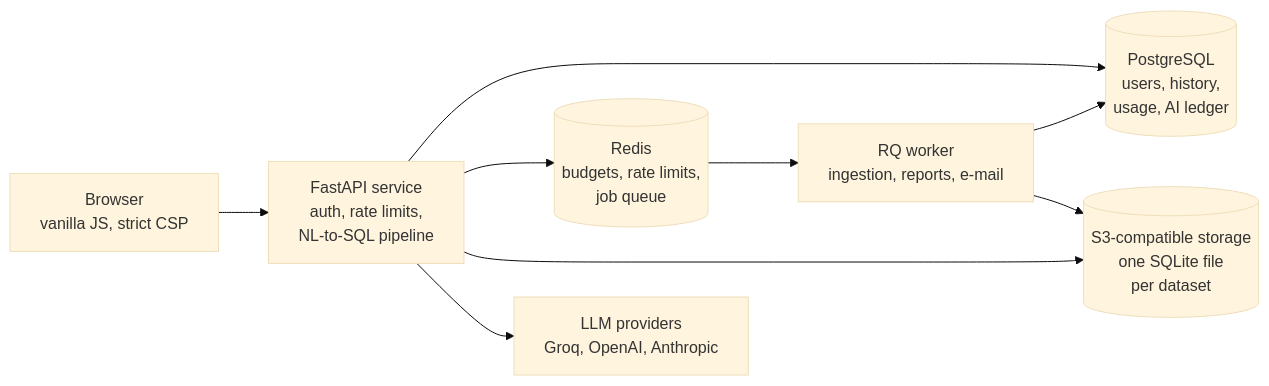
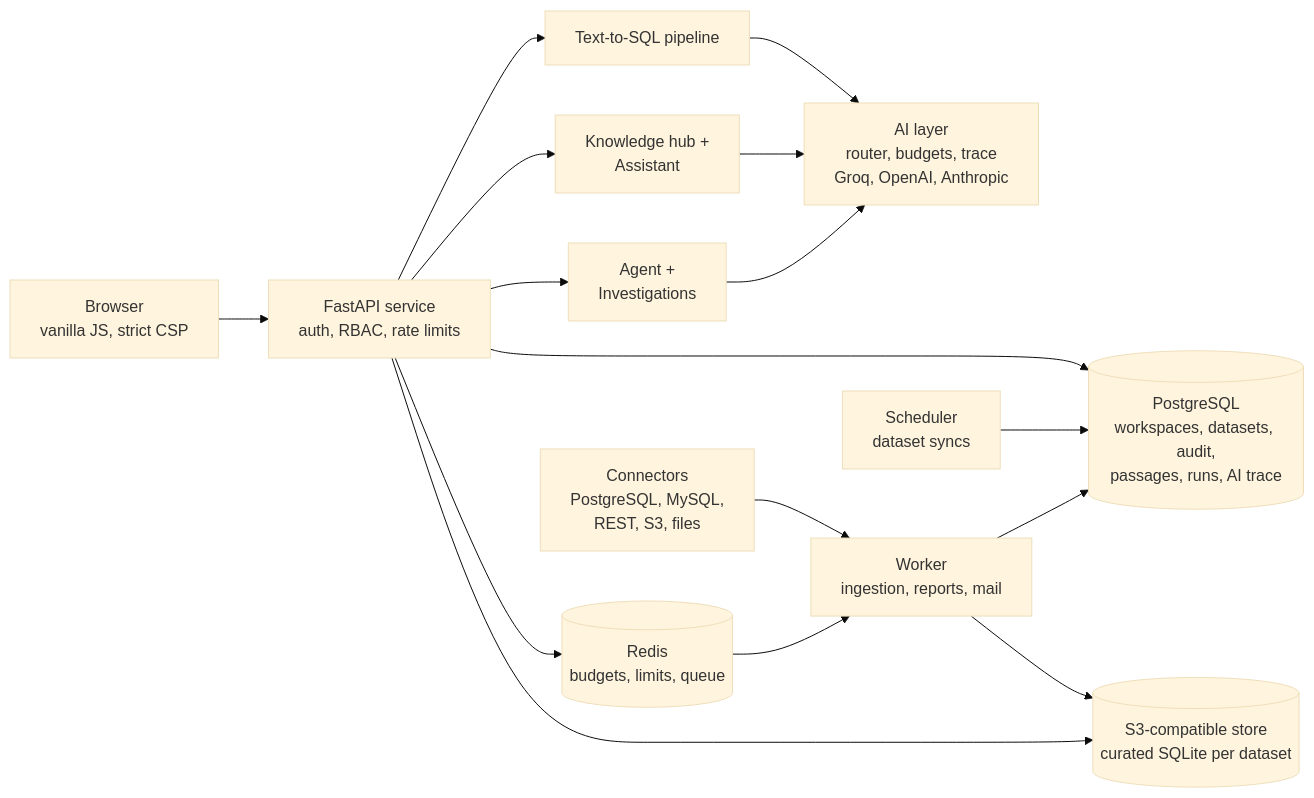
The second of 2 diagrams in README.md (shreyajoshi144/querysure), drawn with Mermaid (base theme) before and after one commit. The commit also changed other lines of this file and 145 other files, not shown here.

Commit message:
Enterprise AI operations platform: workspaces, connectors, knowledge, agent, analyses and redesigned UI

````diff
--- a/README.md
+++ b/README.md
@@ -45,11 +60,16 @@
 ```mermaid
 flowchart LR
-    U["Browser<br/>vanilla JS, strict CSP"] --> API["FastAPI service<br/>auth, rate limits,<br/>NL-to-SQL pipeline"]
-    API --> PG[("PostgreSQL<br/>users, history,<br/>usage, AI ledger")]
-    API --> RD[("Redis<br/>budgets, rate limits,<br/>job queue")]
-    API --> S3[("S3-compatible storage<br/>one SQLite file<br/>per dataset")]
-    API --> LLM["LLM providers<br/>Groq, OpenAI, Anthropic"]
-    RD --> W["RQ worker<br/>ingestion, reports, e-mail"]
+    U["Browser<br/>vanilla JS, strict CSP"] --> API["FastAPI service<br/>auth, RBAC, rate limits"]
+    API --> SQLP["Text-to-SQL pipeline"]
+    API --> KB["Knowledge hub +<br/>Assistant"]
+    API --> AG["Agent +<br/>Investigations"]
+    SQLP & KB & AG --> AI["AI layer<br/>router, budgets, trace<br/>Groq, OpenAI, Anthropic"]
+    API --> PG[("PostgreSQL<br/>workspaces, datasets, audit,<br/>passages, runs, AI trace")]
+    API --> RD[("Redis<br/>budgets, limits, queue")]
+    API --> S3[("S3-compatible store<br/>curated SQLite per dataset")]
+    RD --> W["Worker<br/>ingestion, reports, mail"]
+    SCH["Scheduler<br/>dataset syncs"] --> PG
+    CON["Connectors<br/>PostgreSQL, MySQL,<br/>REST, S3, files"] --> W
     W --> PG
     W --> S3
 ```
````
